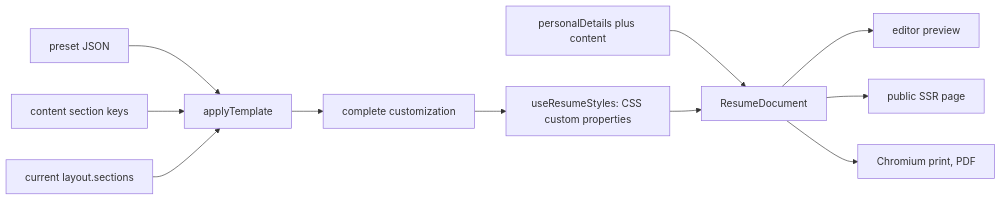
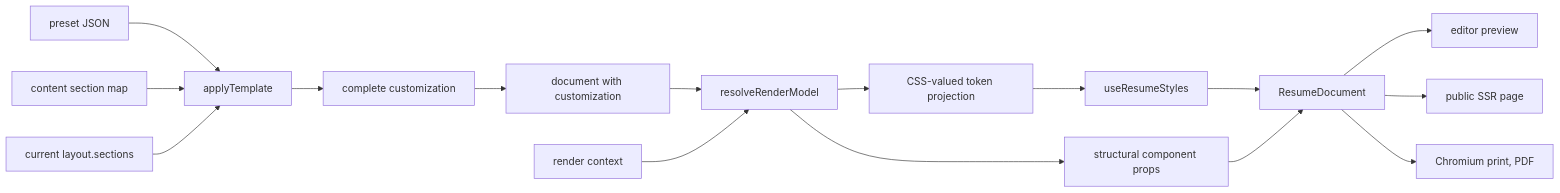
The diagram in docs/design/templates/contract.md (dannyota/aboutme), drawn with Mermaid before and after one commit. The commit also changed other lines of this file and 71 other files, not shown here.

````diff
--- a/docs/design/templates/contract.md
+++ b/docs/design/templates/contract.md
@@ -30,13 +30,18 @@
 ```mermaid
 flowchart LR
   P[preset JSON] --> A[applyTemplate]
-  K[content section keys] --> A
+  K[content section map] --> A
   L[current layout.sections] --> A
   A --> C[complete customization]
-  D[personalDetails plus content] --> R[ResumeDocument]
-  C --> S[useResumeStyles: CSS custom properties]
-  S --> R
+  C --> D[document with customization]
+  D --> M[resolveRenderModel]
+  X[render context] --> M
+  M --> T[CSS-valued token projection]
+  T --> S[useResumeStyles]
+  M --> V[structural component props]
+  S --> R[ResumeDocument]
+  V --> R
   R --> E[editor preview]
   R --> W[public SSR page]
   R --> F[Chromium print, PDF]
 ```
````
